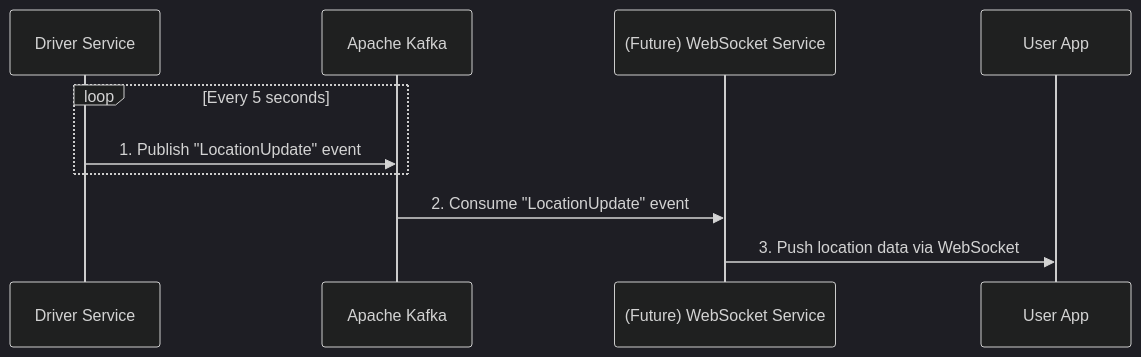
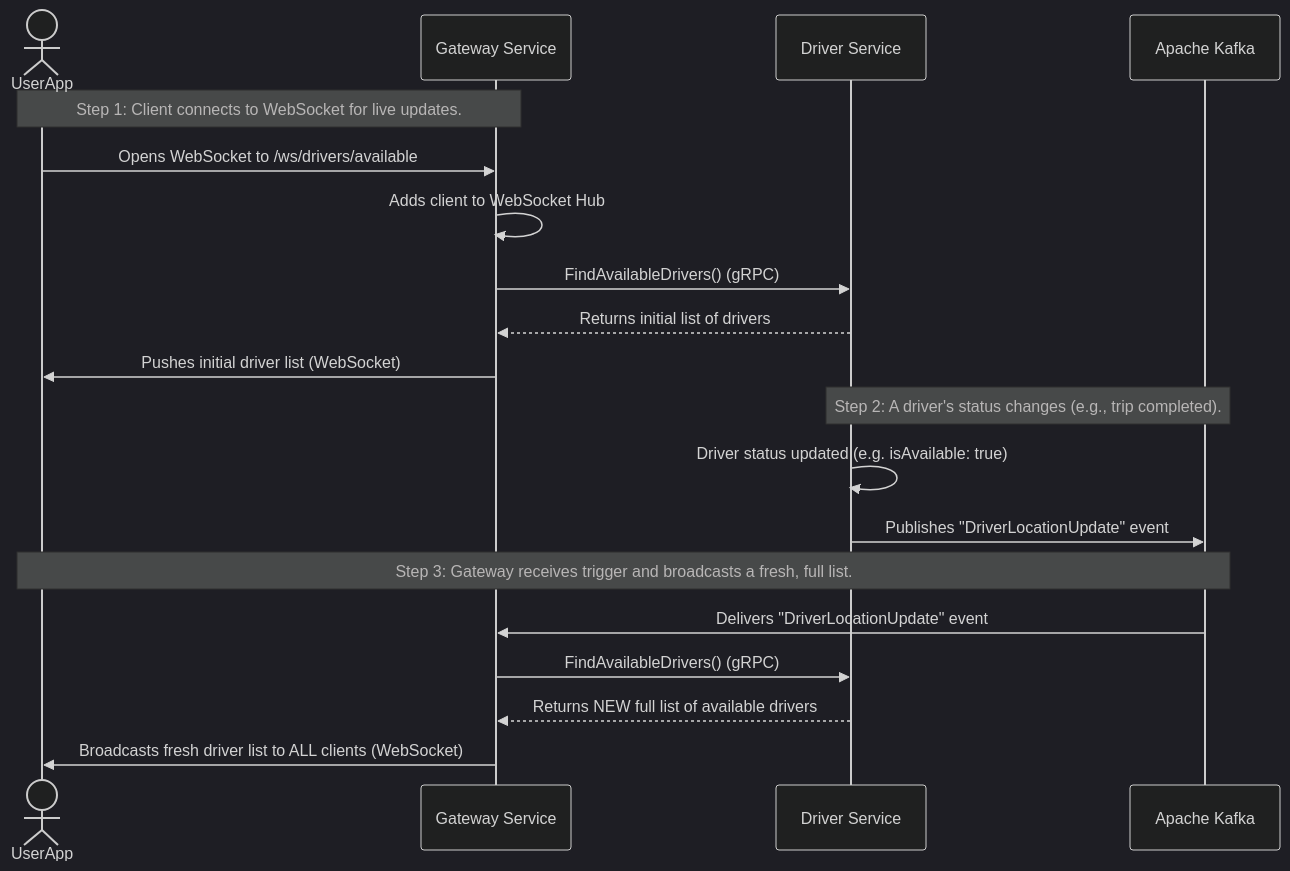
Before and after one commit to lucabrx/microservices-uber: the third of 3 diagrams in README.md, drawn with Mermaid (dark theme). The commit also changed other lines of this file, not shown here.

Commit message:
docs: update graphs

````diff
--- a/README.md
+++ b/README.md
@@ -189,14 +190,25 @@
 ```mermaid
 sequenceDiagram
-    participant DriverService as Driver Service
+    actor UserApp
+    participant Gateway as Gateway Service
+    participant Driver as Driver Service
     participant Kafka as Apache Kafka
-    participant LocationService as (Future) WebSocket Service
-    participant UserApp as User App
 
-    loop Every 5 seconds
-        DriverService->>Kafka: 1. Publish "LocationUpdate" event
-    end
+    Note over UserApp, Gateway: Step 1: Client connects to WebSocket for live updates.
+    UserApp->>Gateway: Opens WebSocket to /ws/drivers/available
+    Gateway->>Gateway: Adds client to WebSocket Hub
+    Gateway->>Driver: FindAvailableDrivers() (gRPC)
+    Driver-->>Gateway: Returns initial list of drivers
+    Gateway->>UserApp: Pushes initial driver list (WebSocket)
 
-    Kafka->>LocationService: 2. Consume "LocationUpdate" event
-    LocationService->>UserApp: 3. Push location data via WebSocket
+    Note over Driver, Kafka: Step 2: A driver's status changes (e.g., trip completed).
+    Driver->>Driver: Driver status updated (e.g. isAvailable: true)
+    Driver->>Kafka: Publishes "DriverLocationUpdate" event
+
+    Note over Kafka, UserApp: Step 3: Gateway receives trigger and broadcasts a fresh, full list.
+    Kafka->>Gateway: Delivers "DriverLocationUpdate" event
+    Gateway->>Driver: FindAvailableDrivers() (gRPC)
+    Driver-->>Gateway: Returns NEW full list of available drivers
+    Gateway->>UserApp: Broadcasts fresh driver list to ALL clients (WebSocket)
+
 ```
````
